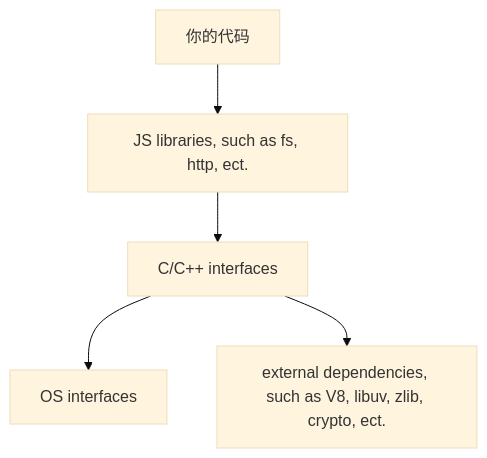
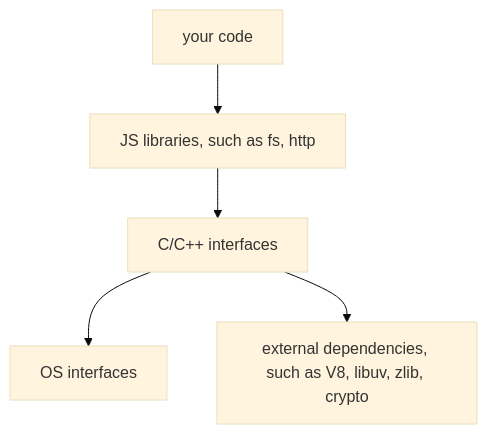
One commit to Vladimirirr/Sealeded changed the diagram in articles/其他的什么/NodeJSEventLoop.md. Above: the diagram before and after it, drawn with Mermaid (base theme). The commit also changed other lines of this file and 10 other files, not shown here.

````diff
--- a/articles/其他的什么/NodeJSEventLoop.md
+++ b/articles/其他的什么/NodeJSEventLoop.md
@@ -9,13 +31,13 @@
 ```mermaid
 flowchart TD
 
 cLib["C/C++ interfaces"]
 
-code["你的代码"] --> jsLib["JS libraries, such as fs, http, ect."] --> cLib
+code["your code"] --> jsLib["JS libraries, such as fs, http"] --> cLib
 
 osif["OS interfaces"]
-deps["external dependencies, such as V8, libuv, zlib, crypto, ect."]
+deps["external dependencies, such as V8, libuv, zlib, crypto"]
 
 cLib --> osif
 cLib --> deps
 ```
````
